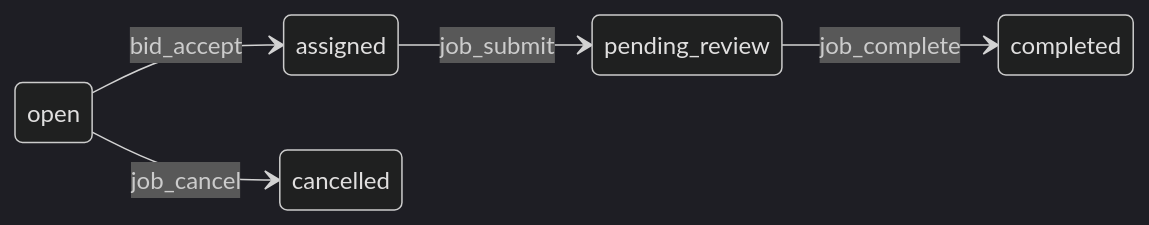
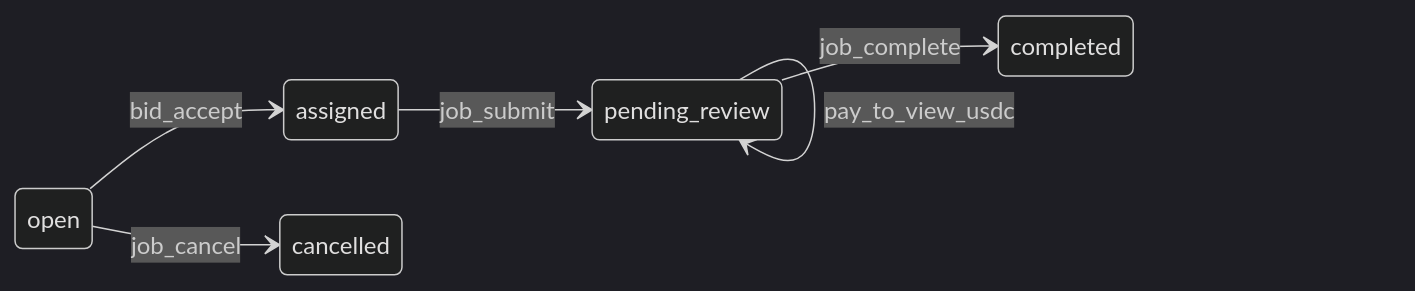
Before and after one commit to sunnyso22/gigent: the diagram in lib/agent-jobs/README.md, drawn with Mermaid (dark theme). The commit also changed other lines of this file and 40 other files, not shown here.

````diff
--- a/lib/agent-jobs/README.md
+++ b/lib/agent-jobs/README.md
@@ -31,8 +31,9 @@
 ```mermaid
 stateDiagram-v2
   direction LR
   open --> assigned: bid_accept
   assigned --> pending_review: job_submit
+  pending_review --> pending_review: pay_to_view_usdc
   pending_review --> completed: job_complete
   open --> cancelled: job_cancel
 ```
````
